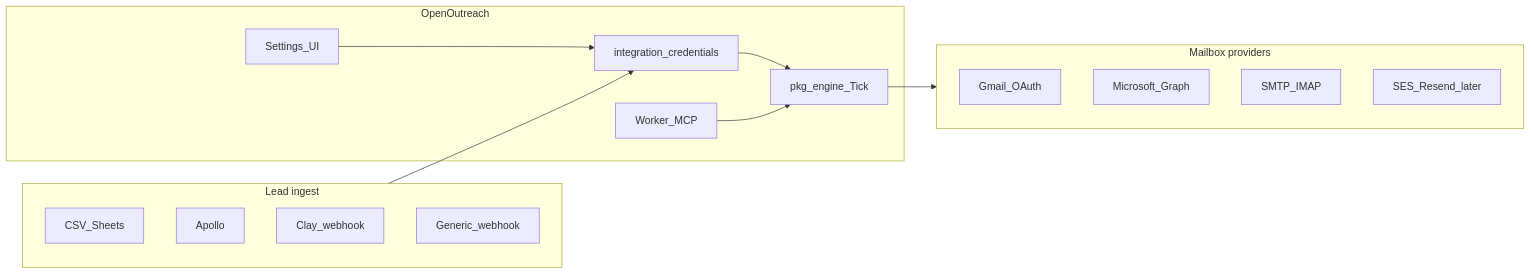
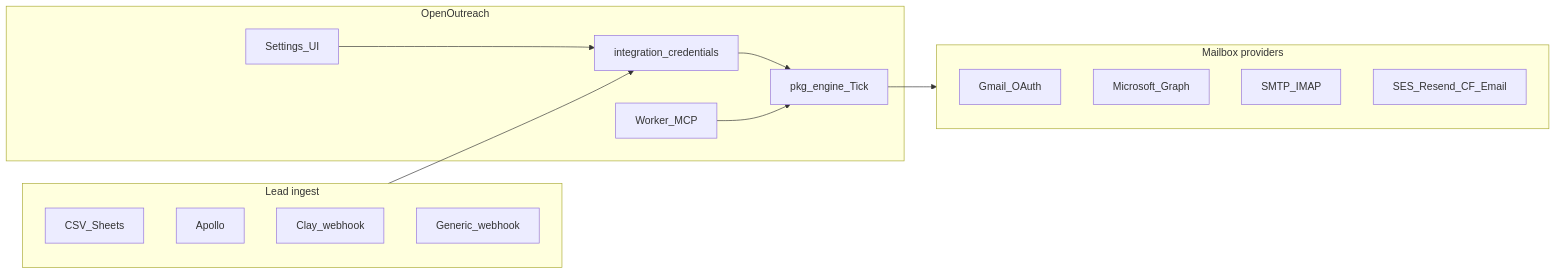
Before and after one commit to sdntsng/openoutreach: the diagram in docs/INTEGRATIONS.md, drawn with Mermaid. The commit also changed other lines of this file and 12 other files, not shown here.

````diff
--- a/docs/INTEGRATIONS.md
+++ b/docs/INTEGRATIONS.md
@@ -17,26 +17,26 @@
 ```mermaid
 flowchart LR
   subgraph ingest [Lead ingest]
     CSV[CSV_Sheets]
     Apollo[Apollo]
     Clay[Clay_webhook]
     WH[Generic_webhook]
   end
   subgraph core [OpenOutreach]
     Vault[integration_credentials]
     Engine[pkg_engine_Tick]
     MCP[Worker_MCP]
     Settings[Settings_UI]
   end
   subgraph send [Mailbox providers]
     Gmail[Gmail_OAuth]
     M365[Microsoft_Graph]
     SMTP[SMTP_IMAP]
-    API[SES_Resend_later]
+    API[SES_Resend_CF_Email]
   end
   ingest --> Vault
   Vault --> Engine
   Settings --> Vault
   MCP --> Engine
   Engine --> send
 ```
````
